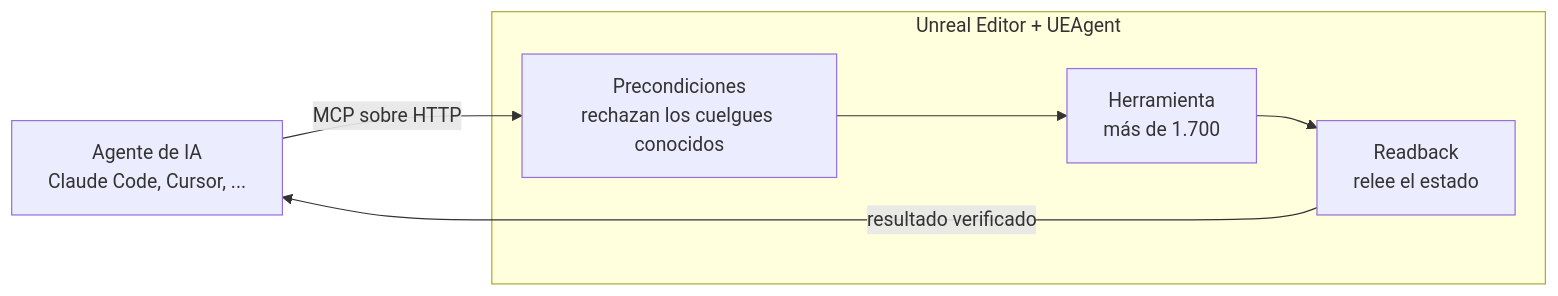
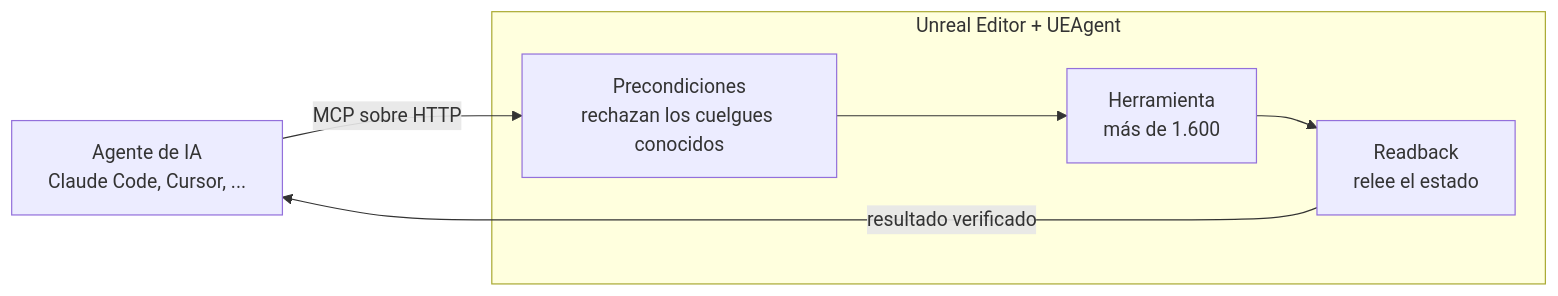
The diagram in README.es.md (CarlxsMG/UEAgent), drawn with Mermaid before and after one commit. The commit also changed other lines of this file and 165 other files, not shown here.

````diff
--- a/README.es.md
+++ b/README.es.md
@@ -54,8 +54,8 @@
 ```mermaid
 flowchart LR
     A["Agente de IA<br/>Claude Code, Cursor, ..."] -- "MCP sobre HTTP" --> P
     subgraph E["Unreal Editor + UEAgent"]
-        P["Precondiciones<br/>rechazan los cuelgues conocidos"] --> H["Herramienta<br/>más de 1.700"] --> R["Readback<br/>relee el estado"]
+        P["Precondiciones<br/>rechazan los cuelgues conocidos"] --> H["Herramienta<br/>más de 1.600"] --> R["Readback<br/>relee el estado"]
     end
     R -- "resultado verificado" --> A
 ```
````
